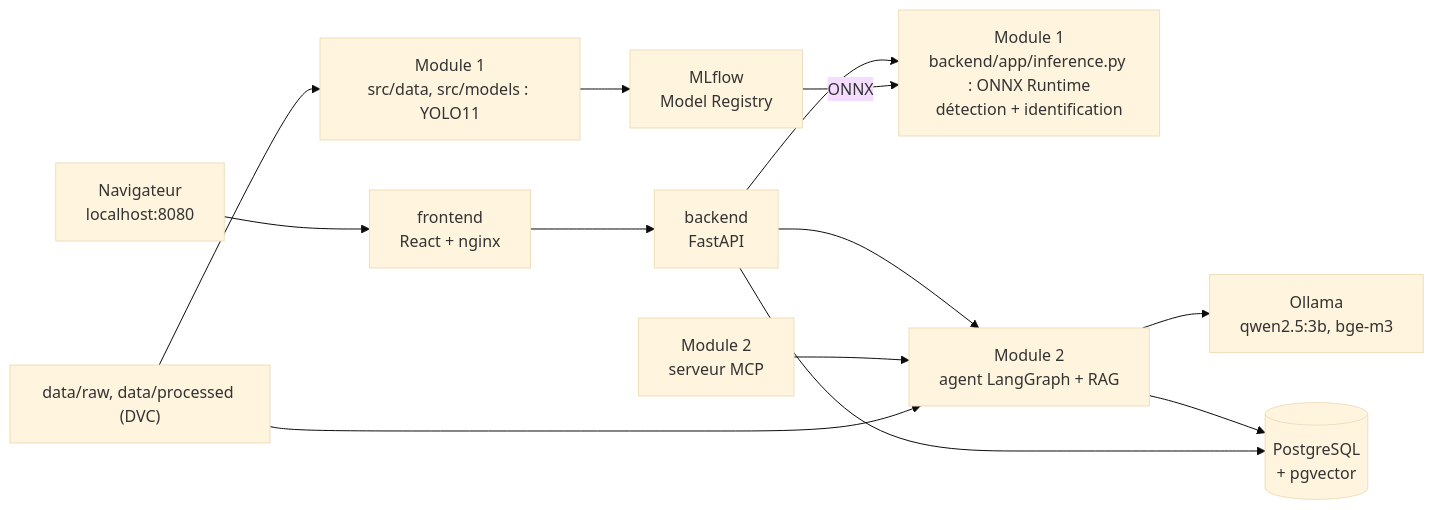
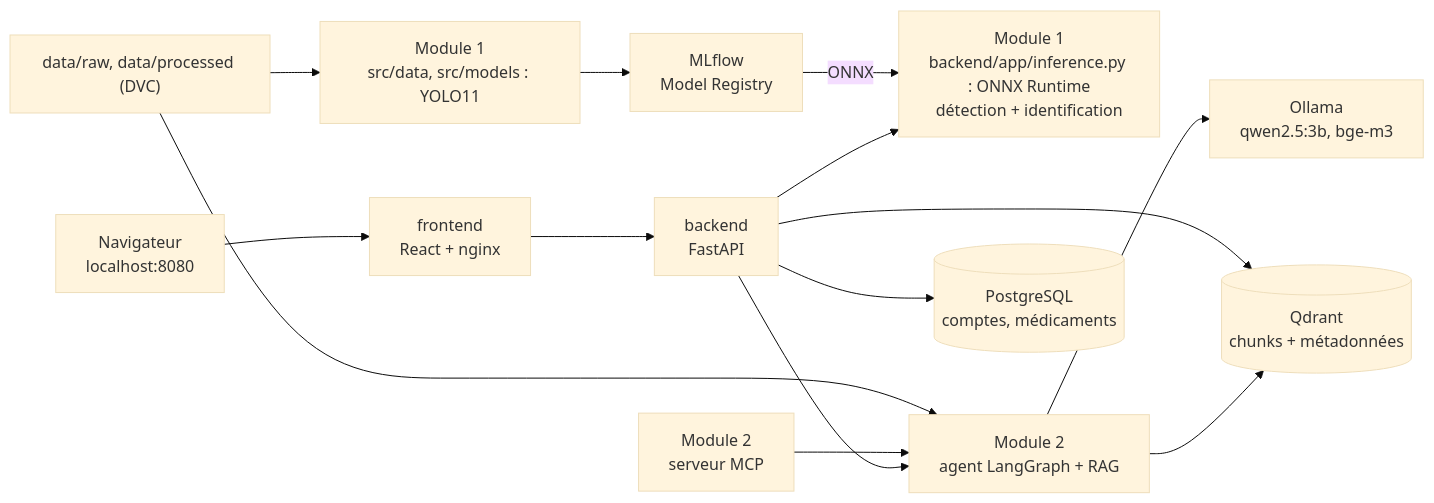
Before and after one commit to melekbouabid/syRX: the diagram in README.md, drawn with Mermaid (base theme). The commit also changed other lines of this file and 2 other files, not shown here.

Commit message:
docs(readme): vector store in Qdrant, Documents page, requirement of remark 7 done

````diff
--- a/README.md
+++ b/README.md
@@ -36,15 +36,16 @@
 ```mermaid
 flowchart LR
   U["Navigateur<br/>localhost:8080"] --> FE["frontend<br/>React + nginx"]
   FE --> BE["backend<br/>FastAPI"]
   BE --> M1["Module 1<br/>backend/app/inference.py : ONNX Runtime<br/>détection + identification"]
   BE --> M2["Module 2<br/>agent LangGraph + RAG"]
   MCP["Module 2<br/>serveur MCP"] --> M2
   M2 --> OL["Ollama<br/>qwen2.5:3b, bge-m3"]
-  M2 --> PG[("PostgreSQL<br/>+ pgvector")]
-  BE --> PG
+  M2 --> QD[("Qdrant<br/>chunks + métadonnées")]
+  BE --> QD
+  BE --> PG[("PostgreSQL<br/>comptes, médicaments")]
   TR["Module 1<br/>src/data, src/models : YOLO11"] --> MLF["MLflow<br/>Model Registry"]
   MLF -- "ONNX" --> M1
   D["data/raw, data/processed (DVC)"] --> TR
   D --> M2
 ```
````
